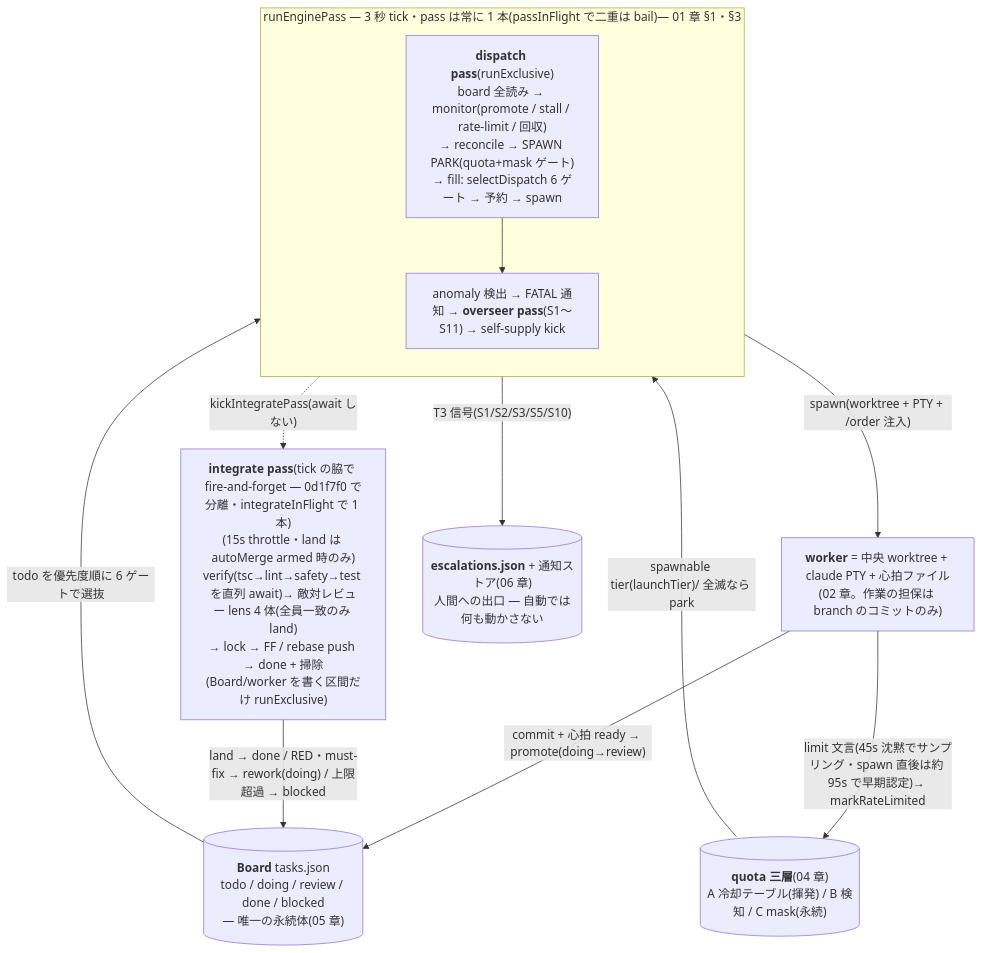
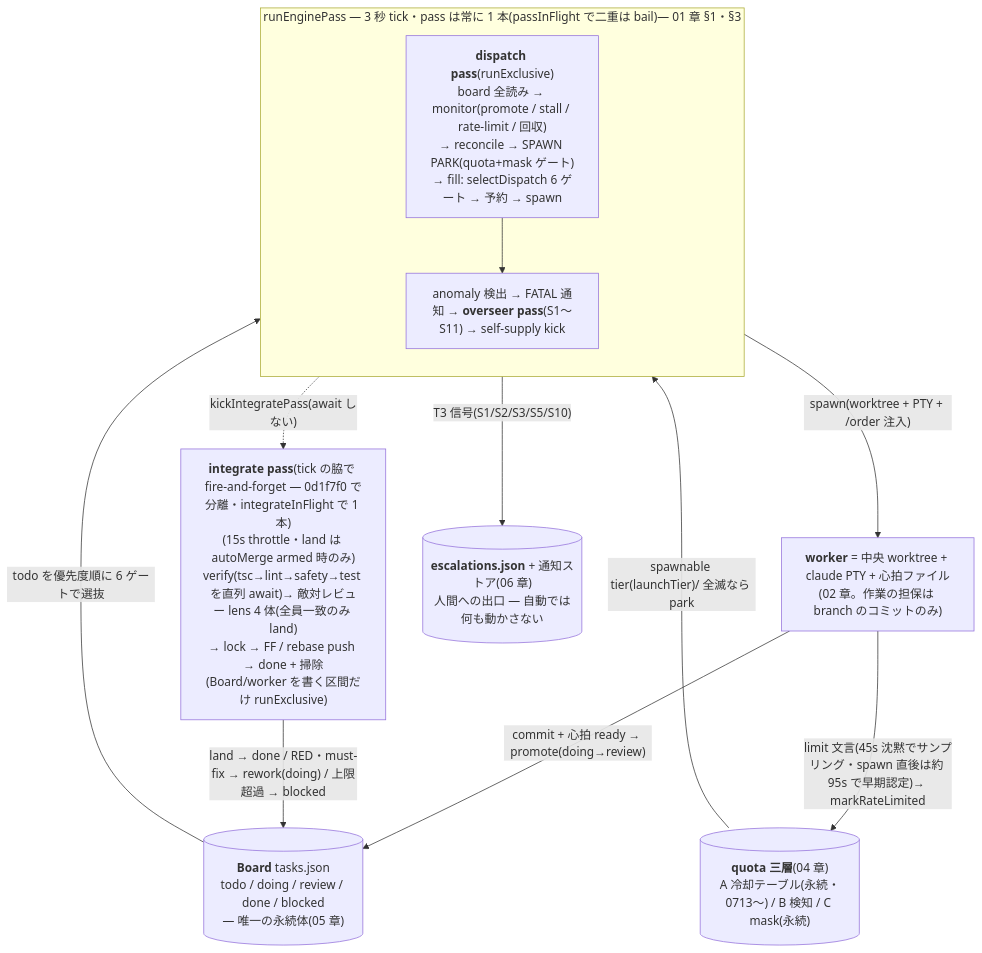
One commit to nannantown/open-ground changed the diagram in docs/commander/00-INDEX.md. Above: the diagram before and after it, drawn with Mermaid. The commit also changed other lines of this file and 18 other files, not shown here.

````diff
--- a/docs/commander/00-INDEX.md
+++ b/docs/commander/00-INDEX.md
@@ -58,22 +58,22 @@
 ```mermaid
 flowchart TB
   subgraph pass["runEnginePass — 3 秒 tick・pass は常に 1 本(passInFlight で二重は bail)— 01 章 §1・§3"]
     direction TB
     D["<b>dispatch pass</b>(runExclusive)<br/>board 全読み → monitor(promote / stall / rate-limit / 回収)<br/>→ reconcile → SPAWN PARK(quota+mask ゲート)<br/>→ fill: selectDispatch 6 ゲート → 予約 → spawn"]
     O["anomaly 検出 → FATAL 通知 → <b>overseer pass</b>(S1〜S11) → self-supply kick"]
     D --> O
   end
   I["<b>integrate pass</b>(tick の脇で fire-and-forget — 0d1f7f0 で分離・integrateInFlight で 1 本)<br/>(15s throttle・land は autoMerge armed 時のみ)<br/>verify(tsc→lint→safety→test を直列 await)→ 敵対レビュー lens 4 体(全員一致のみ land)<br/>→ lock → FF / rebase push → done + 掃除(Board/worker を書く区間だけ runExclusive)"]
   D -. "kickIntegratePass(await しない)" .-> I
   B[("<b>Board</b> tasks.json<br/>todo / doing / review / done / blocked<br/>— 唯一の永続体(05 章)")]
   W["<b>worker</b> = 中央 worktree + claude PTY + 心拍ファイル<br/>(02 章。作業の担保は branch のコミットのみ)"]
-  Q[("<b>quota 三層</b>(04 章)<br/>A 冷却テーブル(揮発) / B 検知 / C mask(永続)")]
+  Q[("<b>quota 三層</b>(04 章)<br/>A 冷却テーブル(永続・0713〜) / B 検知 / C mask(永続)")]
   E[("<b>escalations.json</b> + 通知ストア(06 章)<br/>人間への出口 — 自動では何も動かさない")]
   B -- "todo を優先度順に 6 ゲートで選抜" --> D
   D -- "spawn(worktree + PTY + /order 注入)" --> W
   Q -- "spawnable tier(launchTier)/ 全滅なら park" --> D
   W -- "limit 文言(45s 沈黙でサンプリング・spawn 直後は約 95s で早期認定)→ markRateLimited" --> Q
   W -- "commit + 心拍 ready → promote(doing→review)" --> B
   I -- "land → done / RED・must-fix → rework(doing) / 上限超過 → blocked" --> B
   O -- "T3 信号(S1/S2/S3/S5/S10)" --> E
 ```
````
